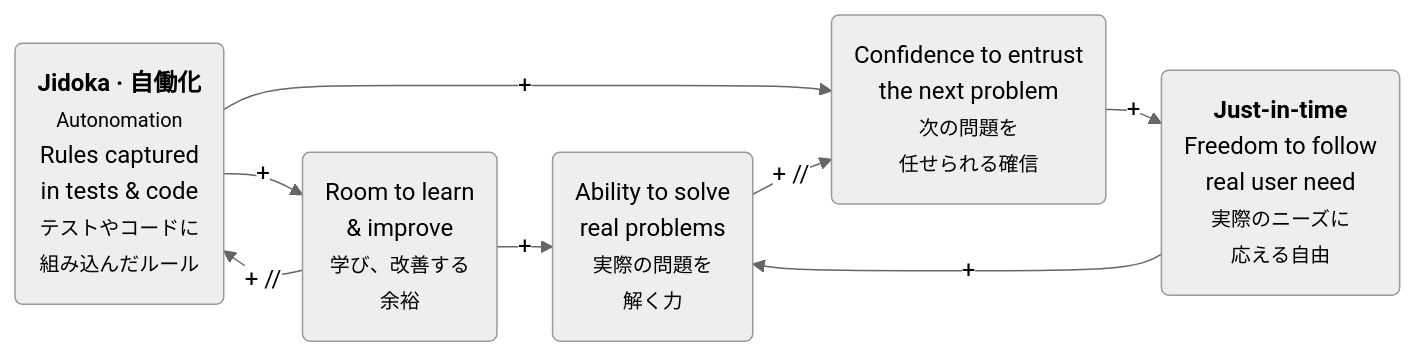
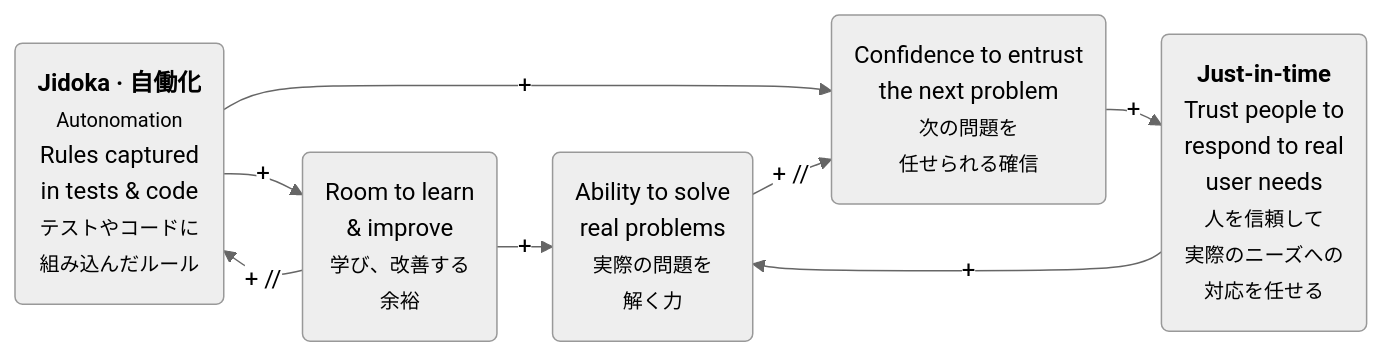
Before and after one commit to terryyin/terry-talks: the third of 3 diagrams in slides/tps-and-ai/slides.md, drawn with Mermaid (neutral theme). The commit also changed other lines of this file, not shown here.

Commit message:
Name trust in the Just-in-Time response loop

````diff
--- a/slides/tps-and-ai/slides.md
+++ b/slides/tps-and-ai/slides.md
@@ -1450,18 +1450,18 @@
 ```mermaid
 %%{init: {'flowchart': {'rankSpacing': 28, 'nodeSpacing': 25}}}%%
 flowchart LR
   EJ(<b>Jidoka · 自働化</b><br><small>Autonomation</small><br>Rules captured<br>in tests & code<br><small>テストやコードに<br>組み込んだルール</small>)
   AA(Room to learn<br>& improve<br><small>学び、改善する<br>余裕</small>)
   CAP(Ability to solve<br>real problems<br><small>実際の問題を<br>解く力</small>)
   WT(Confidence to entrust<br>the next problem<br><small>次の問題を<br>任せられる確信</small>)
-  PULL(<b>Just-in-time</b><br>Freedom to follow<br>real user need<br><small>実際のニーズに<br>応える自由</small>)
+  PULL(<b>Just-in-time</b><br>Trust people to<br>respond to real<br>user needs<br><small>人を信頼して<br>実際のニーズへの<br>対応を任せる</small>)
 
   EJ -->|"+"| AA
   AA -->|"+ //"| EJ
   AA -->|"+"| CAP
   EJ -->|"+"| WT
   CAP -->|"+ //"| WT
   WT -->|"+"| PULL
   PULL -->|"+"| CAP
   class AA,PULL accent
 ```
````
